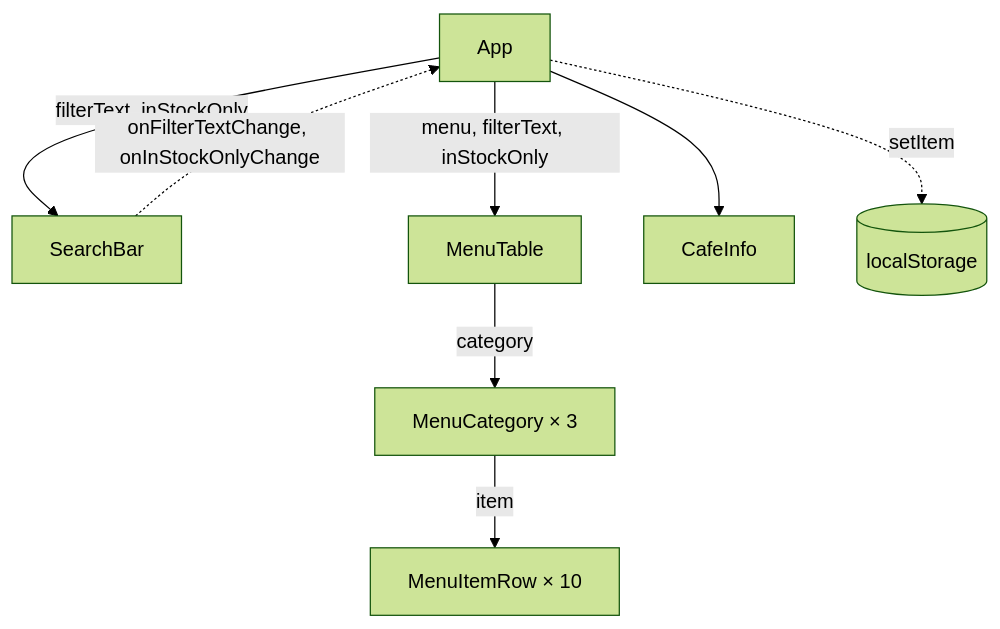
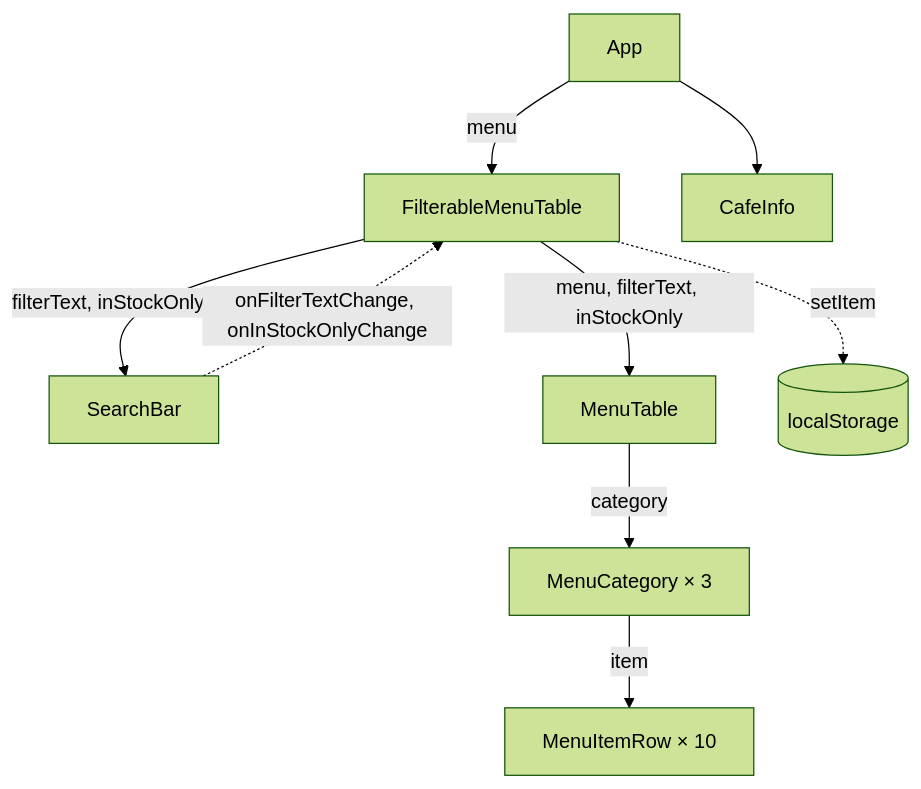
The diagram in lab-4/README.md (BogdanBashynskyi/ReactLabs), drawn with Mermaid (forest theme) before and after one commit. The commit also changed 2 other files, not shown here.

Commit message:
docs: compare renders before and after state colocation

````diff
--- a/lab-4/README.md
+++ b/lab-4/README.md
@@ -31,10 +31,11 @@
 ```mermaid
 flowchart TD
-  App --> |"filterText, inStockOnly"| SearchBar
-  App --> |"menu, filterText, inStockOnly"| MenuTable
+  App --> |menu| FilterableMenuTable
   App --> CafeInfo
+  FilterableMenuTable --> |"filterText, inStockOnly"| SearchBar
+  FilterableMenuTable --> |"menu, filterText, inStockOnly"| MenuTable
   MenuTable --> |category| MenuCategory["MenuCategory × 3"]
   MenuCategory --> |item| MenuItemRow["MenuItemRow × 10"]
-  SearchBar -.-> |"onFilterTextChange, onInStockOnlyChange"| App
-  App -.-> |setItem| Storage[("localStorage")]
+  SearchBar -.-> |"onFilterTextChange, onInStockOnlyChange"| FilterableMenuTable
+  FilterableMenuTable -.-> |setItem| Storage[("localStorage")]
 ```
````
